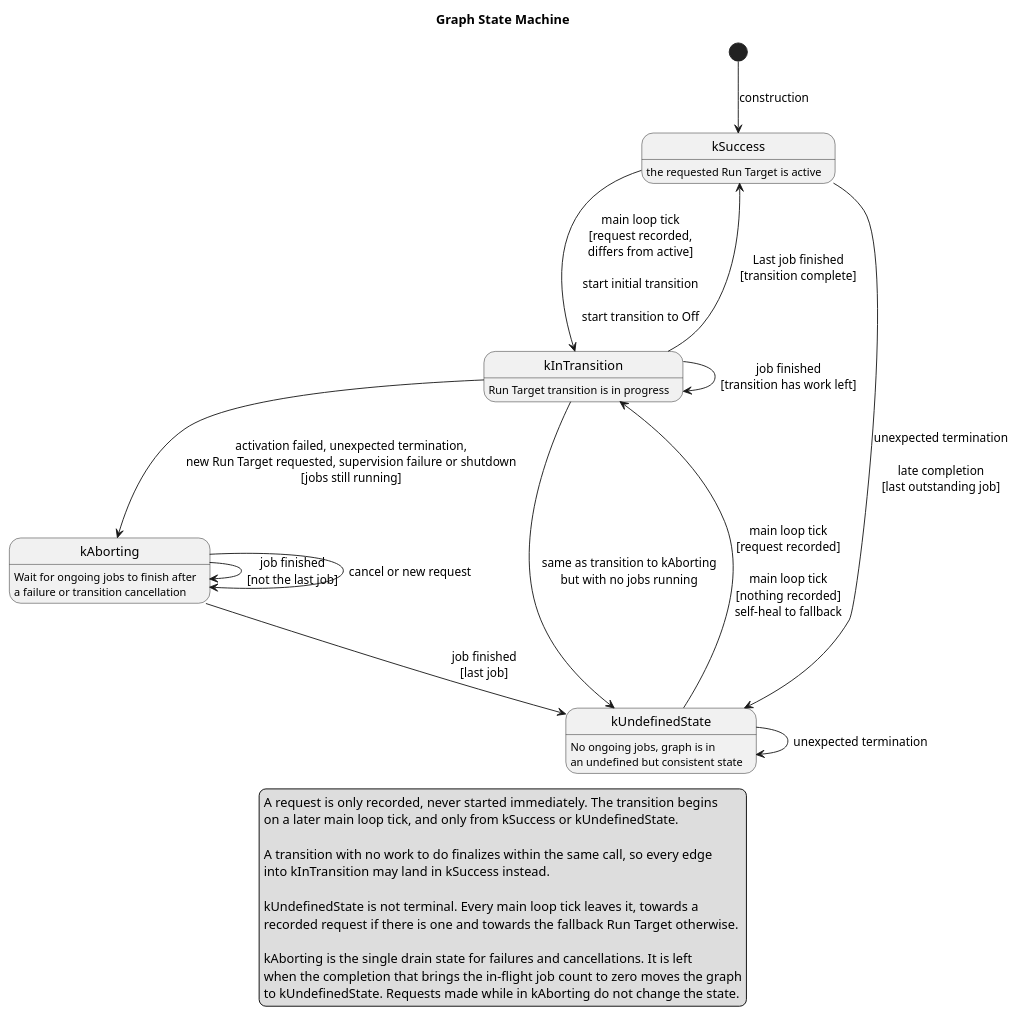
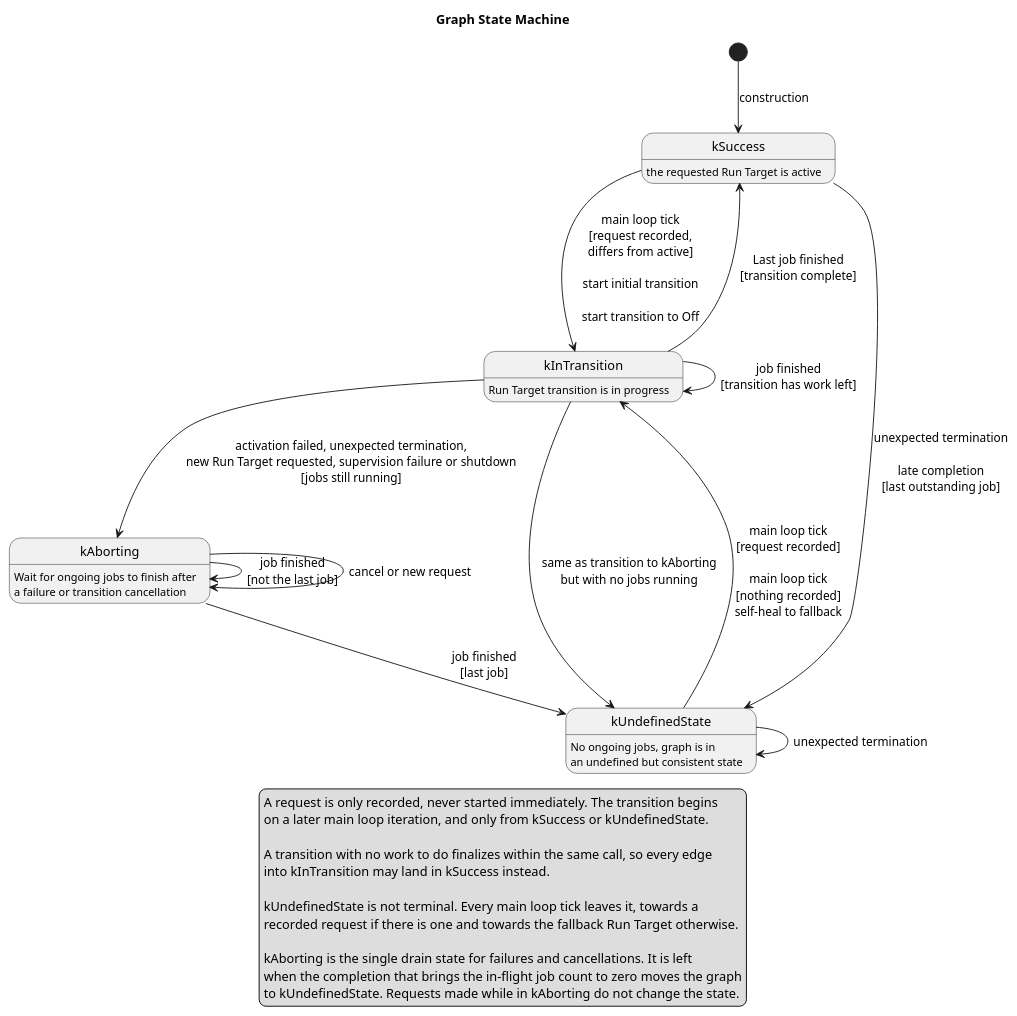
Before and after one commit to eclipse-score/lifecycle: the diagram in score/launch_manager/docs/detailed_design/_assets/graph_states.puml, drawn with PlantUML. The commit also changed 5 other files, not shown here.

```diff
--- a/score/launch_manager/docs/detailed_design/_assets/graph_states.puml
+++ b/score/launch_manager/docs/detailed_design/_assets/graph_states.puml
@@ -14,48 +14,48 @@
 @startuml graph_states
 
 title Graph State Machine
 
 kSuccess : the requested Run Target is active
 kInTransition : Run Target transition is in progress
 kAborting : Wait for ongoing jobs to finish after\na failure or transition cancellation
 kUndefinedState : No ongoing jobs, graph is in\nan undefined but consistent state
 
 [*] --> kSuccess : construction
 
 ' --- starting a transition ---------------------------------------------------
 kSuccess --> kInTransition : main loop tick\n[request recorded,\ndiffers from active]\n\nstart initial transition\n\nstart transition to Off
 kUndefinedState --> kInTransition : main loop tick\n[request recorded]\n\nmain loop tick\n[nothing recorded]\nself-heal to fallback
 
 ' --- running a transition ----------------------------------------------------
 kInTransition --> kInTransition : job finished\n[transition has work left]
 kInTransition --> kSuccess : Last job finished\n[transition complete]
 
 ' --- leaving a transition ----------------------------------------------------
 kInTransition --> kAborting : activation failed, unexpected termination,\nnew Run Target requested, supervision failure or shutdown\n[jobs still running]
 kInTransition --> kUndefinedState : same as transition to kAborting\nbut with no jobs running
 
 ' --- aborting ----------------------------------------------------------------
 kAborting --> kAborting : job finished\n[not the last job]
 kAborting --> kUndefinedState : job finished\n[last job]
 kAborting --> kAborting : cancel or new request
 
 ' --- failures outside a transition -------------------------------------------
 kSuccess --> kUndefinedState : unexpected termination\n\nlate completion\n[last outstanding job]
 kUndefinedState --> kUndefinedState : unexpected termination
 
 legend bottom
   A request is only recorded, never started immediately. The transition begins
-  on a later main loop tick, and only from kSuccess or kUndefinedState.
+  on a later main loop iteration, and only from kSuccess or kUndefinedState.
 
   A transition with no work to do finalizes within the same call, so every edge
   into kInTransition may land in kSuccess instead.
 
   kUndefinedState is not terminal. Every main loop tick leaves it, towards a
   recorded request if there is one and towards the fallback Run Target otherwise.
 
   kAborting is the single drain state for failures and cancellations. It is left
   when the completion that brings the in-flight job count to zero moves the graph
   to kUndefinedState. Requests made while in kAborting do not change the state.
 end legend
 
 @enduml
```
